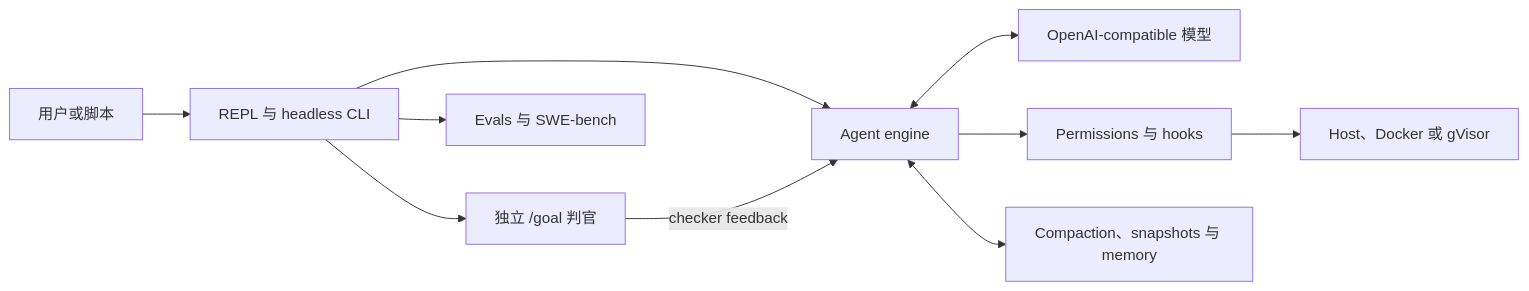
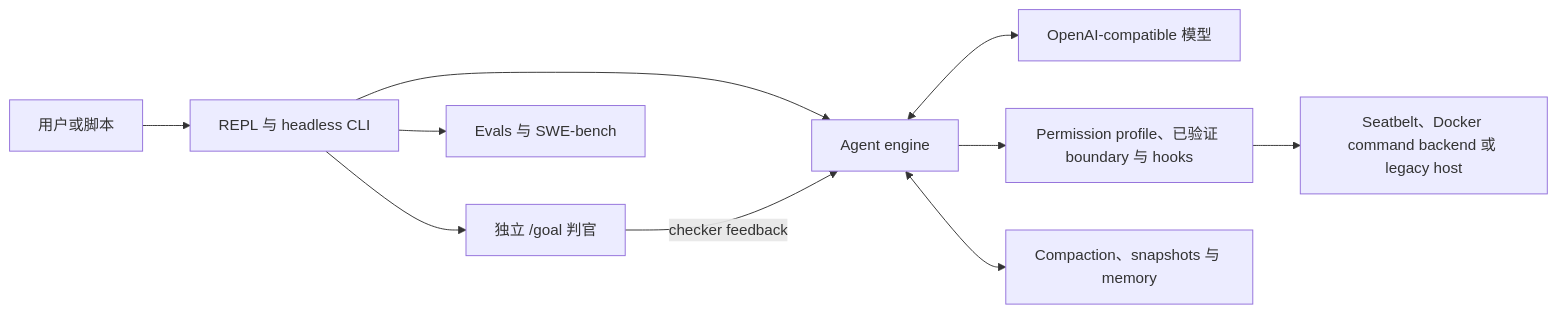
Before and after one commit to maisieyang/build-my-own-harness: the diagram in README.zh-CN.md, drawn with Mermaid. The commit also changed other lines of this file and 84 other files, not shown here.

````diff
--- a/README.zh-CN.md
+++ b/README.zh-CN.md
@@ -83,12 +83,12 @@
 ```mermaid
 flowchart LR
     U["用户或脚本"] --> C["REPL 与 headless CLI"]
     C --> E["Agent engine"]
     E <--> M["OpenAI-compatible 模型"]
-    E --> P["Permissions 与 hooks"]
-    P --> X["Host、Docker 或 gVisor"]
+    E --> P["Permission profile、已验证 boundary 与 hooks"]
+    P --> X["Seatbelt、Docker command backend 或 legacy host"]
     E <--> S["Compaction、snapshots 与 memory"]
     C --> V["独立 /goal 判官"]
     V -->|"checker feedback"| E
     C --> O["Evals 与 SWE-bench"]
 ```
````
